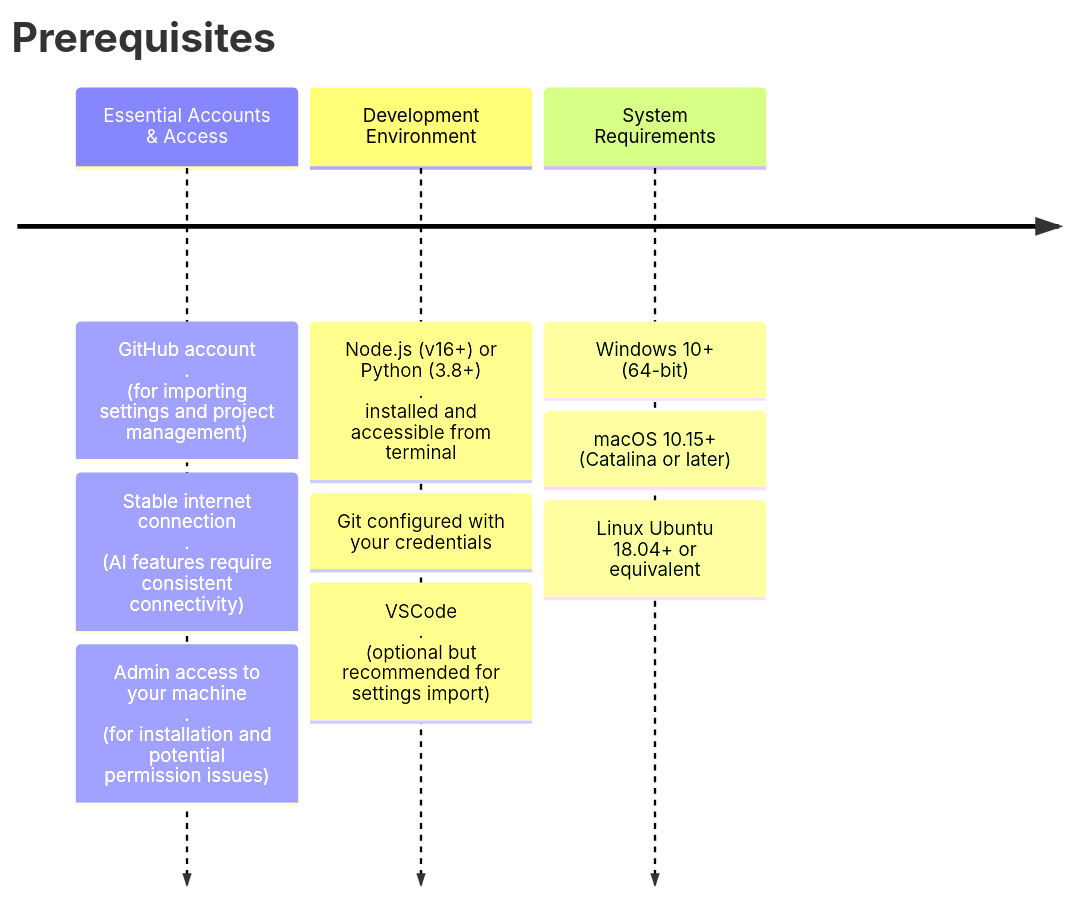
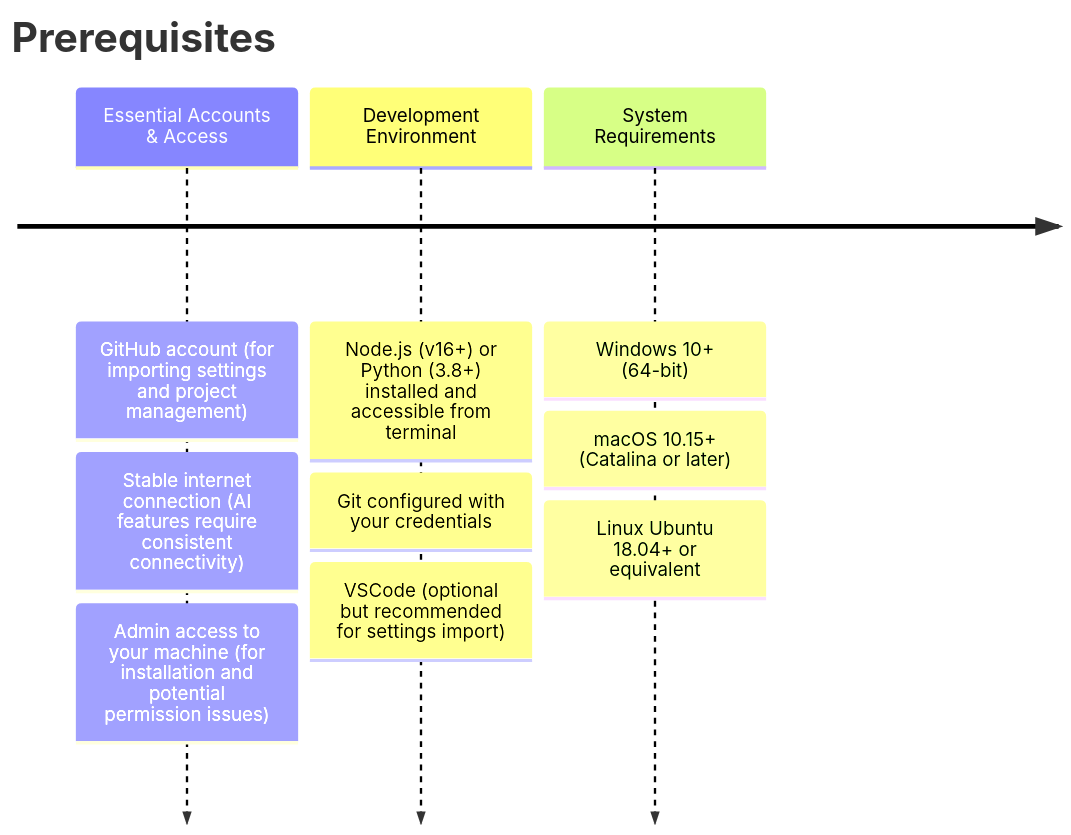
Before and after one commit to sumahiremath/buildtales: the first of 5 diagrams in _posts/2025-08-23-cursor-pro-zero-expert.md, drawn with Mermaid. The commit also changed other lines of this file, not shown here.

`````diff
--- a/_posts/2025-08-23-cursor-pro-zero-expert.md
+++ b/_posts/2025-08-23-cursor-pro-zero-expert.md
@@ -102,13 +102,13 @@
-````mermaid
+```mermaid
 timeline
     title Prerequisites
-      Essential Accounts & Access : GitHub account <br> . <br> (for importing settings and project management)
-                                  : Stable internet connection <br> . <br> (AI features require consistent connectivity)
-                                  : Admin access to your machine <br> . <br> (for installation and potential permission issues)
-      Development Environment : Node.js (v16+) or Python (3.8+) <br> . <br> installed and accessible from terminal
+      Essential Accounts & Access : GitHub account (for importing settings and project management)
+                                  : Stable internet connection (AI features require consistent connectivity)
+                                  : Admin access to your machine (for installation and potential permission issues)
+      Development Environment: Node.js (v16+) or Python (3.8+) installed and accessible from terminal
                                   : Git configured with your credentials
-                                  : VSCode <br> . <br> (optional but recommended for settings import)
+                                  : VSCode  (optional but recommended for settings import)
       System Requirements : Windows 10+ (64-bit)
                           : macOS  10.15+ (Catalina or later) 
-                          : Linux Ubuntu 18.04+ or equivalent                       
-````
+                          : Linux Ubuntu 18.04+ or equivalent
+```
`````
